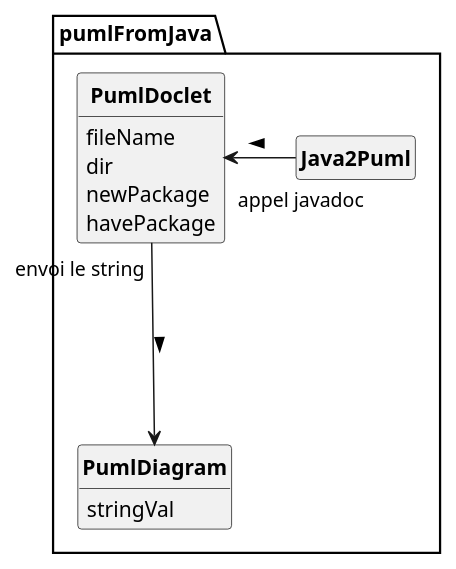
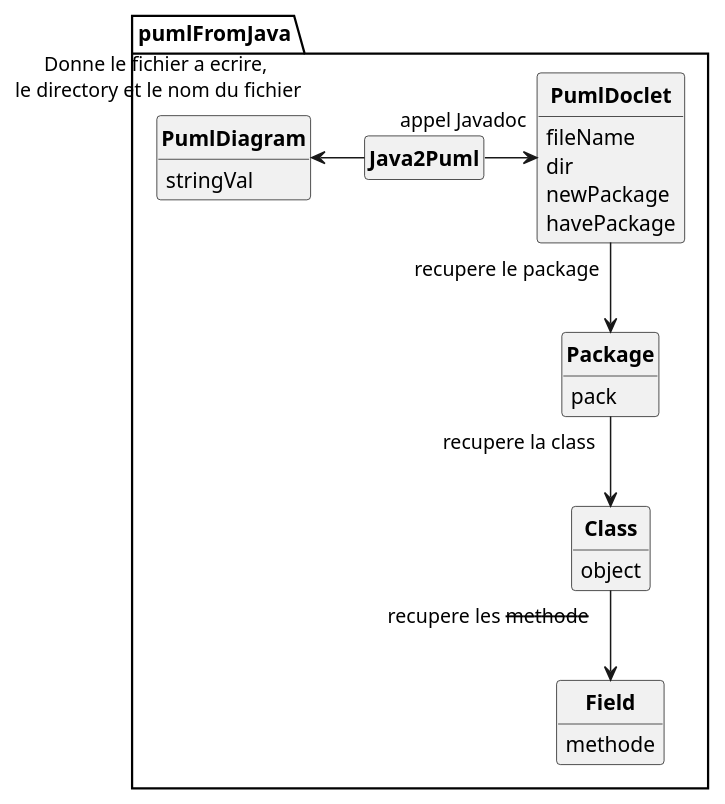
The diagram in puml/DCApumlFromJava.puml (D3B1RUM4N/PumlFromJava), drawn with PlantUML before and after one commit. The commit also changed 7 other files, not shown here.

```diff
--- a/puml/DCApumlFromJava.puml
+++ b/puml/DCApumlFromJava.puml
@@ -1,35 +1,56 @@
 @startuml
 
 'UML GENERE PAR CODE :)
 
 skinparam style strictuml
 skinparam classAttributeIconSize 0
 skinparam classFontStyle Bold
 hide empty members
 
+PACKAGE pumlFromJava{
+	CLASS Class{
+		object
+	}
 
 
-PACKAGE pumlFromJava{
+	CLASS Field{
+		methode
+	}
+
 
 
 	CLASS Java2Puml{
 	}
 
+
+	CLASS Package{
+		pack
+	}
+
+
 	CLASS PumlDiagram{
 		stringVal
 	}
+
 
 	CLASS PumlDoclet{
 		fileName
 		dir
 		newPackage
 		havePackage
 	}
 
-	Java2Puml "appel javadoc" --l> PumlDoclet :>
-	PumlDoclet "envoi le string" ---> PumlDiagram :>
+
 
 
 
 }
+
+
+Java2Puml "appel Javadoc" -> PumlDoclet
+PumlDoclet "recupere le package" --> Package
+Package "recupere la class" --> Class
+Class "recupere les --methode--" --> Field
+'je sais que ça ne s'appel pas methode mais gros trou ed memoire
+Java2Puml "Donne le fichier a ecrire,\n le directory et le nom du fichier" -l> PumlDiagram
 @enduml
```
